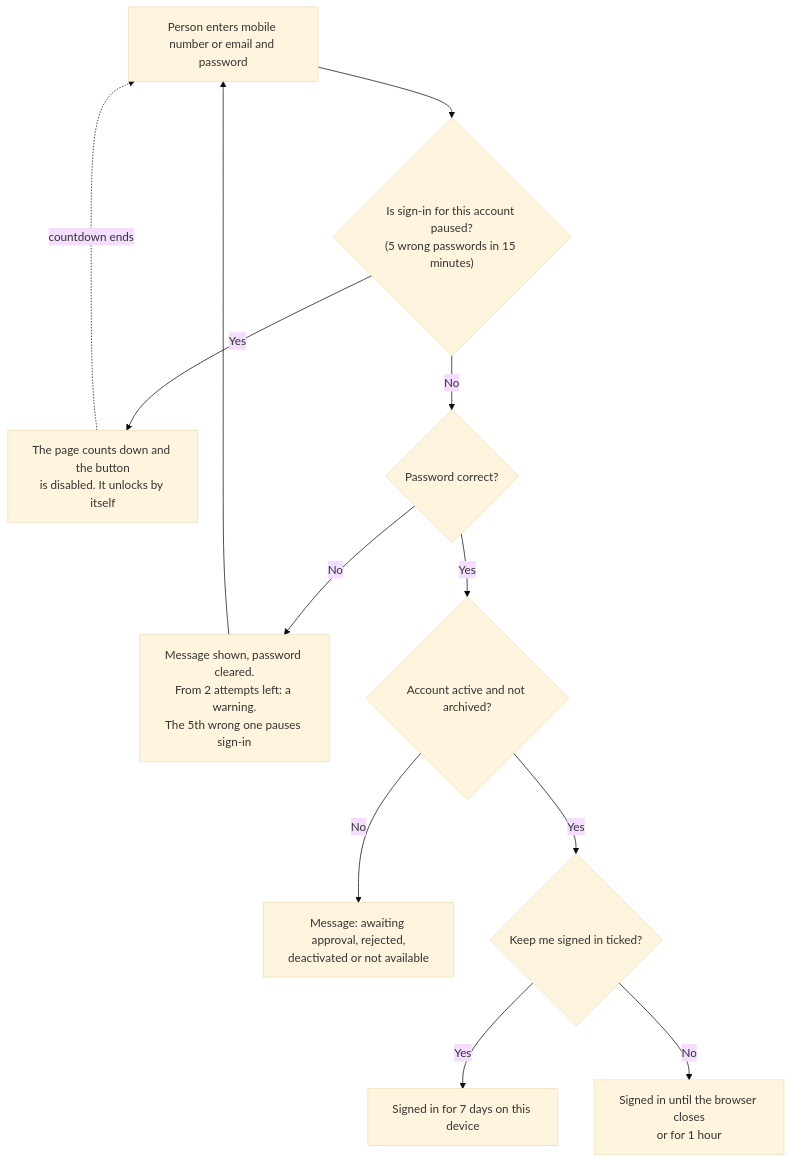
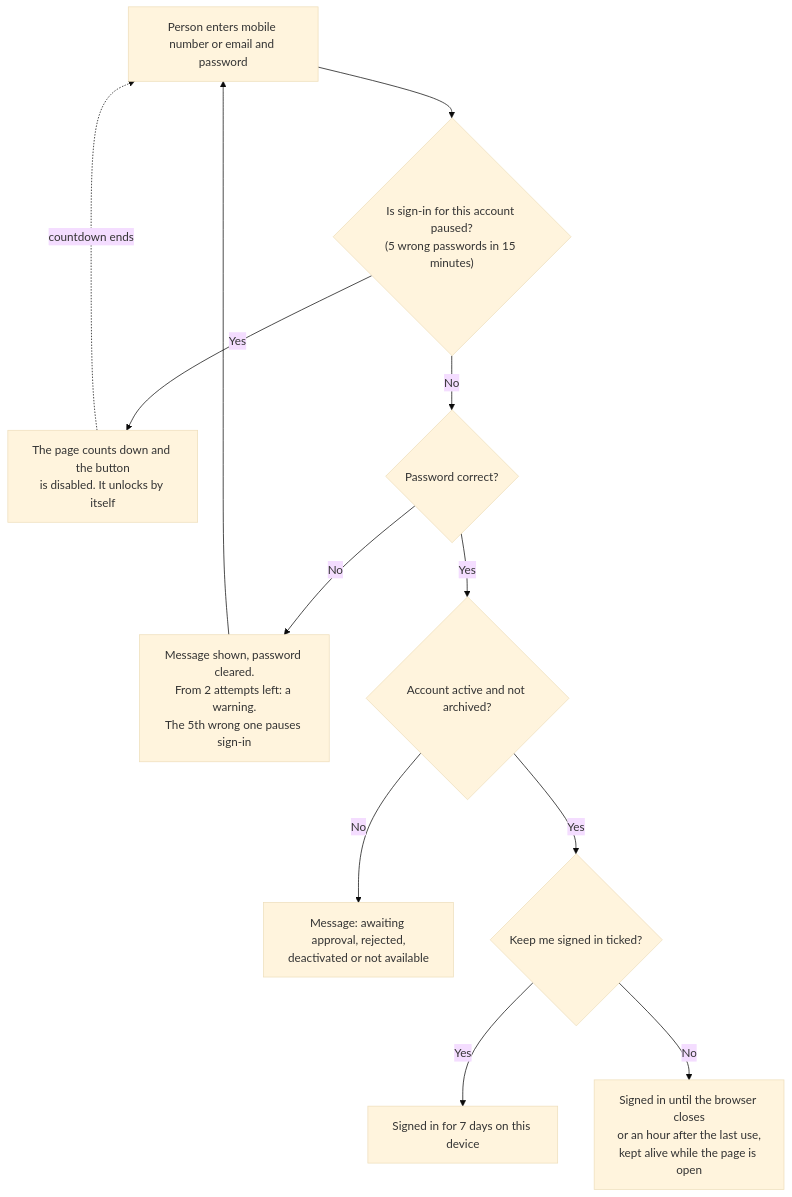
One commit to krulciferikaru/SWIFT changed the seventh of 9 diagrams in docs/flowcharts.md. Above: the diagram before and after it, drawn with Mermaid (base theme). The commit also changed 16 other files, not shown here.

First line of the commit message:
Keep a normal sign-in alive while the page is open

````diff
--- a/docs/flowcharts.md
+++ b/docs/flowcharts.md
@@ -108,14 +108,14 @@
 ```mermaid
 flowchart TD
   A["Person enters mobile number or email and password"] --> B{"Is sign-in for this account paused?<br/>(5 wrong passwords in 15 minutes)"}
   B -- "Yes" --> C["The page counts down and the button<br/>is disabled. It unlocks by itself"]
   C -. "countdown ends" .-> A
   B -- "No" --> D{"Password correct?"}
   D -- "No" --> E["Message shown, password cleared.<br/>From 2 attempts left: a warning.<br/>The 5th wrong one pauses sign-in"]
   E --> A
   D -- "Yes" --> F{"Account active and not archived?"}
   F -- "No" --> G["Message: awaiting approval, rejected,<br/>deactivated or not available"]
   F -- "Yes" --> H{"Keep me signed in ticked?"}
   H -- "Yes" --> I["Signed in for 7 days on this device"]
-  H -- "No" --> J["Signed in until the browser closes<br/>or for 1 hour"]
+  H -- "No" --> J["Signed in until the browser closes<br/>or an hour after the last use,<br/>kept alive while the page is open"]
 ```
````
